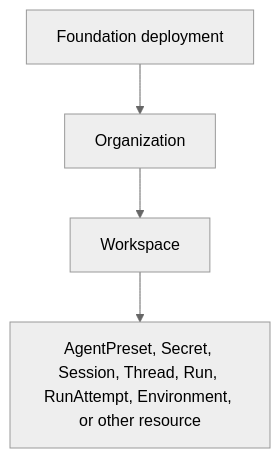
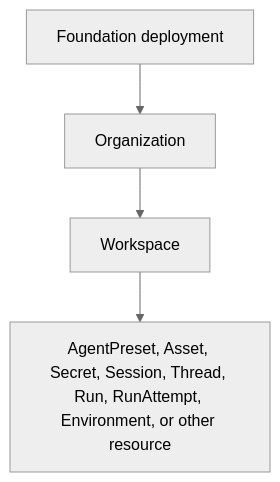
One commit to LTThreeComma/agent-foundation changed the diagram in spec/foundation-service/10-identity-and-access-management.md. Above: the diagram before and after it, drawn with Mermaid (neutral theme). The commit also changed other lines of this file and 19 other files, not shown here.

````diff
--- a/spec/foundation-service/10-identity-and-access-management.md
+++ b/spec/foundation-service/10-identity-and-access-management.md
@@ -24,9 +24,9 @@
 ```mermaid
 flowchart TB
     Deployment[Foundation deployment]
     Organization[Organization]
     Workspace[Workspace]
-    Resource[AgentPreset, Secret, Session, Thread, Run, RunAttempt, Environment, or other resource]
+    Resource[AgentPreset, Asset, Secret, Session, Thread, Run, RunAttempt, Environment, or other resource]
 
     Deployment --> Organization --> Workspace --> Resource
 ```
````
